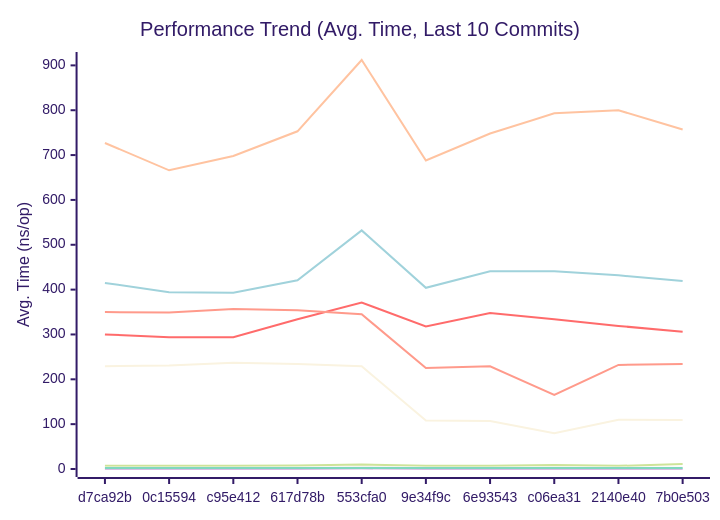
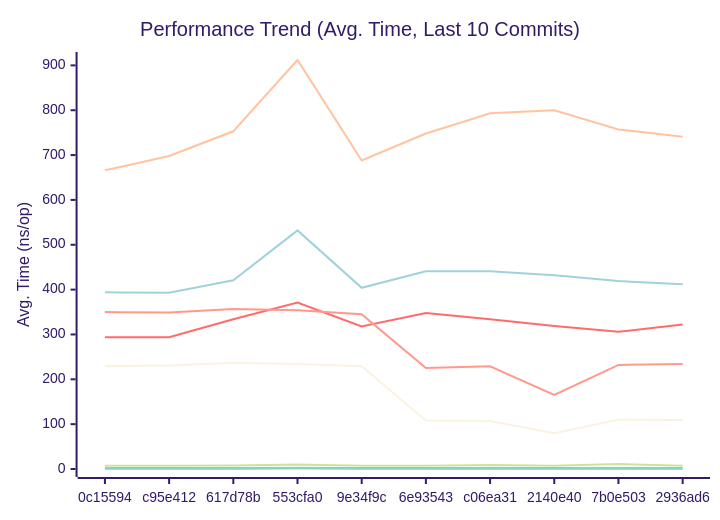
The first of 3 diagrams in docs/PERFORMANCE.md (alsotoes/momo), drawn with Mermaid (forest theme) before and after one commit. The commit also changed other lines of this file and 17 other files, not shown here.

````diff
--- a/docs/PERFORMANCE.md
+++ b/docs/PERFORMANCE.md
@@ -80,16 +80,16 @@
 ```mermaid
 xychart-beta
     title "Performance Trend (Avg. Time, Last 10 Commits)"
     x-axis "Commit"
     y-axis "Avg. Time (ns/op)"
-    x-axis [d7ca92b,0c15594,c95e412,617d78b,553cfa0,9e34f9c,6e93543,c06ea31,2140e40,7b0e503]
-    line "CheckMetricsAndSwap" [7,7,7,8,10,7,7,9,7,11]
-    line "CrushOptimized" [300,294,294,334,371,318,348,334,319,306]
-    line "CrushOriginal" [415,394,393,421,532,404,441,441,432,419]
-    line "IndexDirectTracking" [0,0,0,0,1,0,0,0,0,0]
-    line "IndexSearch" [3,3,3,3,4,3,3,3,3,3]
-    line "LoadGlobalConfig" [727,666,698,753,912,688,748,793,800,757]
+    x-axis [0c15594,c95e412,617d78b,553cfa0,9e34f9c,6e93543,c06ea31,2140e40,7b0e503,2936ad6]
+    line "CheckMetricsAndSwap" [7,7,8,10,7,7,9,7,11,7]
+    line "CrushOptimized" [294,294,334,371,318,348,334,319,306,322]
+    line "CrushOriginal" [394,393,421,532,404,441,441,432,419,412]
+    line "IndexDirectTracking" [0,0,0,1,0,0,0,0,0,0]
+    line "IndexSearch" [3,3,3,4,3,3,3,3,3,3]
+    line "LoadGlobalConfig" [666,698,753,912,688,748,793,800,757,741]
     line "PadString" [2,2,2,2,2,2,2,2,2,2]
     line "ParseReplicationOrder_NoPrealloc" [350,349,357,354,345,225,229,165,232,234]
     line "ParseReplicationOrder_Prealloc" [229,231,237,234,229,108,107,80,110,109]
 ```
````
